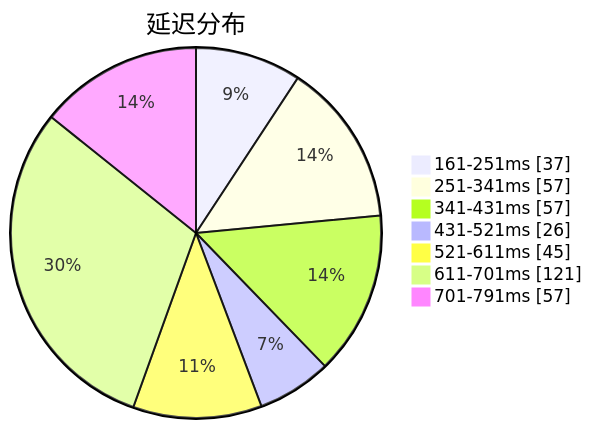
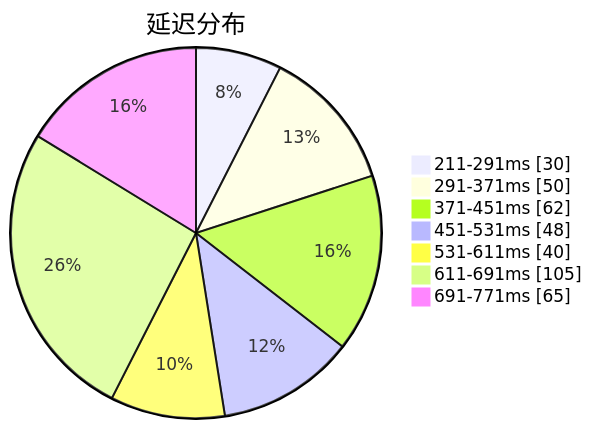
Before and after one commit to qjlxg/airport: the first of 3 diagrams in subs/statistics/tested_within.md, drawn with Mermaid. The commit also changed other lines of this file and 2 other files, not shown here.

````diff
--- a/subs/statistics/tested_within.md
+++ b/subs/statistics/tested_within.md
@@ -2,11 +2,11 @@
 ```mermaid
 pie showData
 title 延迟分布
-"161-251ms" : 37
-"251-341ms" : 57
-"341-431ms" : 57
-"431-521ms" : 26
-"521-611ms" : 45
-"611-701ms" : 121
-"701-791ms" : 57
+"211-291ms" : 30
+"291-371ms" : 50
+"371-451ms" : 62
+"451-531ms" : 48
+"531-611ms" : 40
+"611-691ms" : 105
+"691-771ms" : 65
 ```
````
